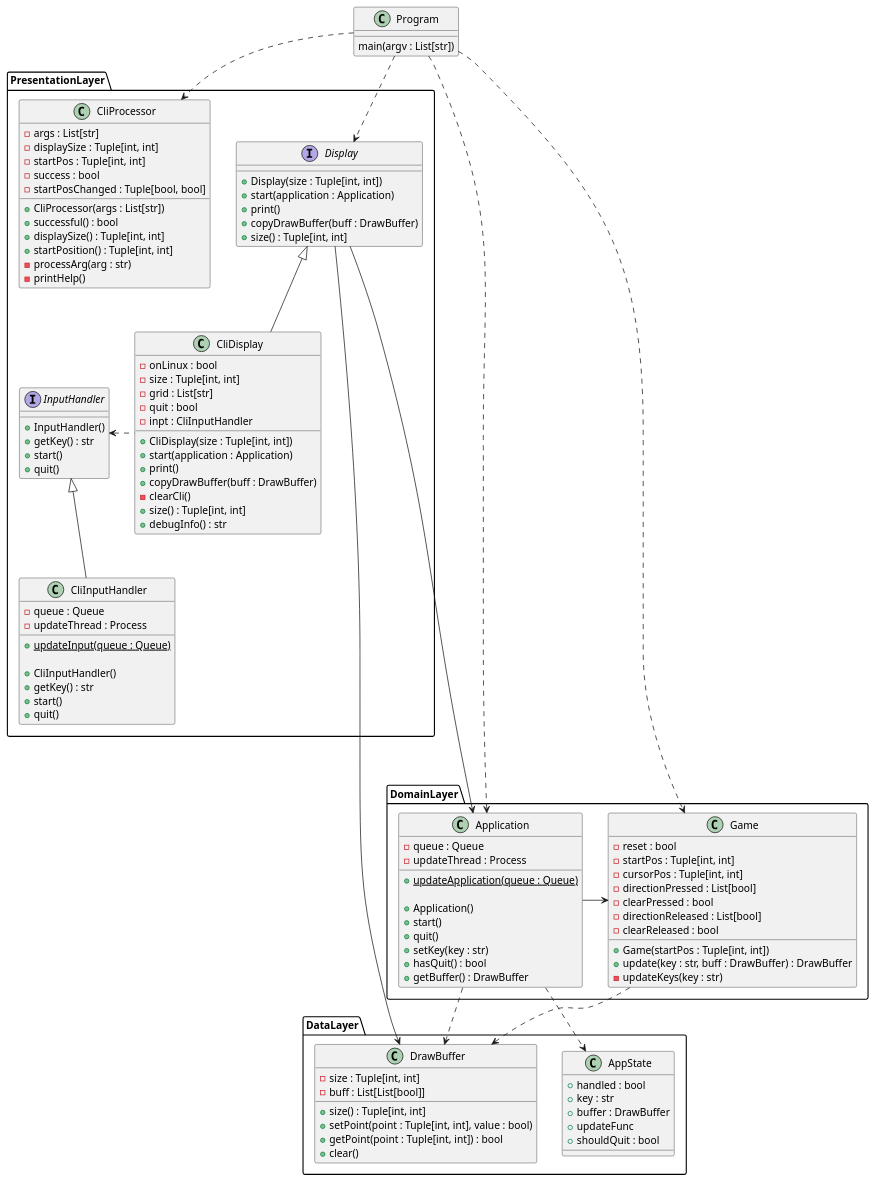
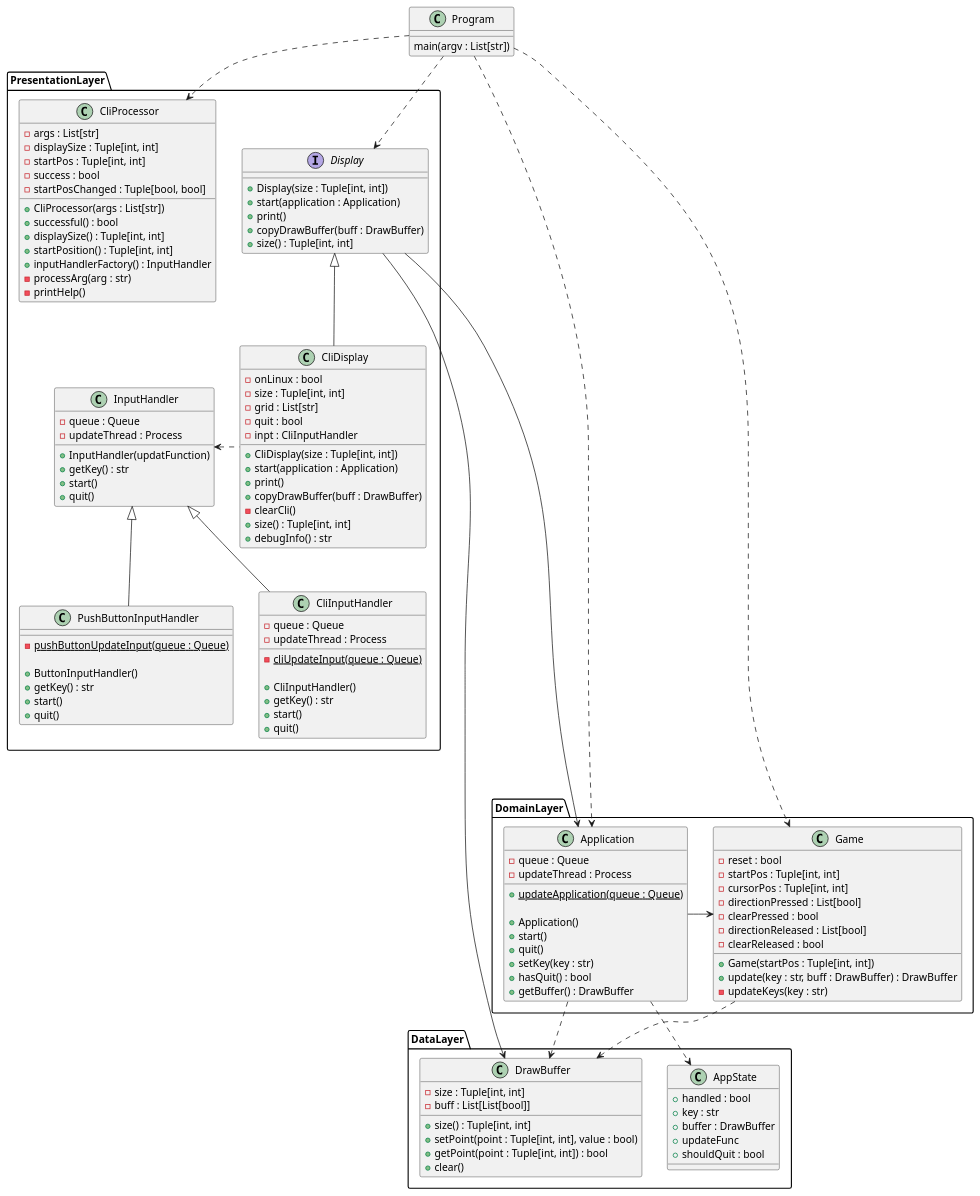
One commit to blueOkiris/EmbeddedLinuxClass changed the diagram in hw02/docs/etchsketch.plantuml. Above: the diagram before and after it, drawn with PlantUML. The commit also changed other lines of this file and 8 other files, not shown here.

```diff
--- a/hw02/docs/etchsketch.plantuml
+++ b/hw02/docs/etchsketch.plantuml
@@ -1,133 +1,147 @@
 @startuml etch-a-sketch-class
 
 class Program {
     main(argv : List[str])
 }
 
 namespace PresentationLayer {
     interface Display {
         + Display(size : Tuple[int, int])
         + start(application : Application)
         + print()
         + copyDrawBuffer(buff : DrawBuffer)
         + size() : Tuple[int, int]
     }
 
     class CliDisplay {
         - onLinux : bool
         - size : Tuple[int, int]
         - grid : List[str]
         - quit : bool
         - inpt : CliInputHandler
 
         + CliDisplay(size : Tuple[int, int])
         + start(application : Application)
         + print()
         + copyDrawBuffer(buff : DrawBuffer)
         - clearCli()
         + size() : Tuple[int, int]
         + debugInfo() : str
     }
 
     class CliProcessor {
         - args : List[str]
         - displaySize : Tuple[int, int]
         - startPos : Tuple[int, int]
         - success : bool
         - startPosChanged : Tuple[bool, bool]
 
         + CliProcessor(args : List[str])
         + successful() : bool
         + displaySize() : Tuple[int, int]
         + startPosition() : Tuple[int, int]
+        + inputHandlerFactory() : InputHandler
         - processArg(arg : str)
         - printHelp()
     }
 
-    interface InputHandler {
-        + InputHandler()
+    class InputHandler {
+        - queue : Queue
+        - updateThread : Process
+
+        + InputHandler(updatFunction)
+        + getKey() : str
+        + start()
+        + quit()
+    }
+
+    class PushButtonInputHandler {
+        - {static} pushButtonUpdateInput(queue : Queue)
+
+        + ButtonInputHandler()
         + getKey() : str
         + start()
         + quit()
     }
 
     class CliInputHandler {
         - queue : Queue
         - updateThread : Process
 
-        + {static} updateInput(queue : Queue)
+        - {static} cliUpdateInput(queue : Queue)
 
         + CliInputHandler()
         + getKey() : str
         + start()
         + quit()
     }
 
     CliDisplay .l.> InputHandler
     CliDisplay -u-|> Display
     CliInputHandler -u-|> InputHandler
+    PushButtonInputHandler -u-|> InputHandler
 }
 
 namespace DomainLayer {
     class Application {
         - queue : Queue
         - updateThread : Process
 
         + {static} updateApplication(queue : Queue)
 
         + Application()
         + start()
         + quit()
         + setKey(key : str)
         + hasQuit() : bool
         + getBuffer() : DrawBuffer
     }
 
     class Game {
         - reset : bool
         - startPos : Tuple[int, int]
         - cursorPos : Tuple[int, int]
         - directionPressed : List[bool]
         - clearPressed : bool
         - directionReleased : List[bool]
         - clearReleased : bool
         
         + Game(startPos : Tuple[int, int])
         + update(key : str, buff : DrawBuffer) : DrawBuffer
         - updateKeys(key : str)
     }
 
     Application -> Game
 }
 
 namespace DataLayer {
     class DrawBuffer {
         - size : Tuple[int, int]
         - buff : List[List[bool]]
 
         + size() : Tuple[int, int]
         + setPoint(point : Tuple[int, int], value : bool)
         + getPoint(point : Tuple[int, int]) : bool
         + clear()
     }
 
     class AppState {
         + handled : bool
         + key : str
         + buffer : DrawBuffer
         + updateFunc
         + shouldQuit : bool
     }
 }
 
 Program ..> PresentationLayer.CliProcessor
 Program ...> DomainLayer.Game
 Program ...> DomainLayer.Application
 Program ..> PresentationLayer.Display
 PresentationLayer.Display -----> DomainLayer.Application
 PresentationLayer.Display -----> DataLayer.DrawBuffer
 DomainLayer.Application ..> DataLayer.AppState
 DomainLayer.Application ..> DataLayer.DrawBuffer
 DomainLayer.Game ..> DataLayer.DrawBuffer
 
 @enduml
```
